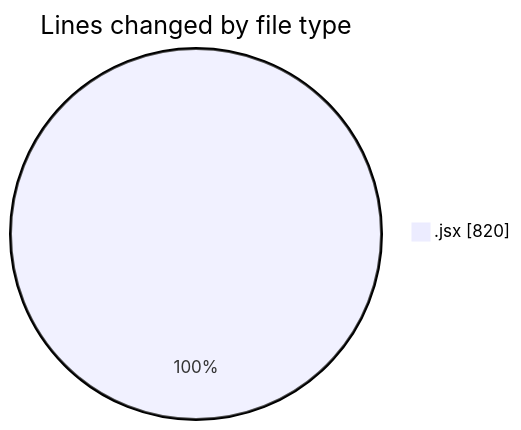
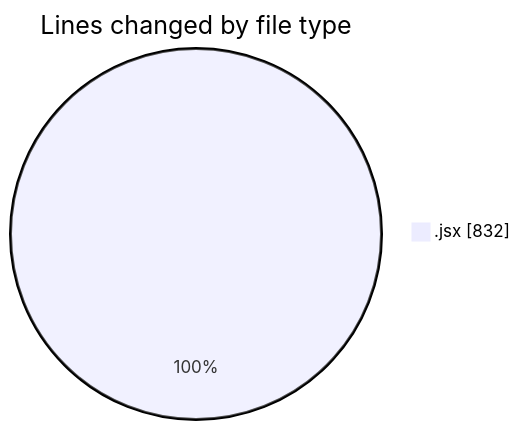
One commit to nxtqubesakshisongat/code-tracking changed the first of 2 diagrams in 2025-06-03/nxtqube_webapp/README.md. Above: the diagram before and after it, drawn with Mermaid. The commit also changed other lines of this file and 1 other file, not shown here.

````diff
--- a/2025-06-03/nxtqube_webapp/README.md
+++ b/2025-06-03/nxtqube_webapp/README.md
@@ -20,5 +20,5 @@
 ```mermaid
 pie showData
 title Lines changed by file type
-".jsx" : 820
+".jsx" : 832
 ```
````
